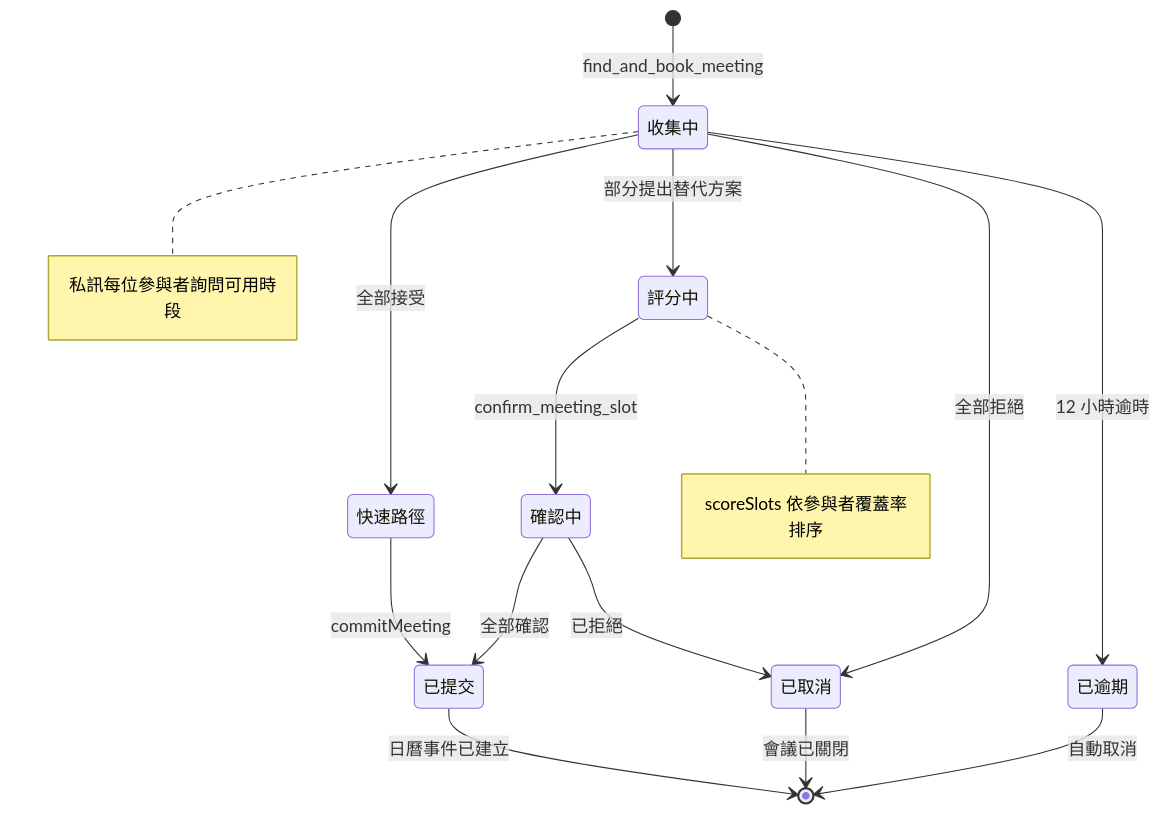
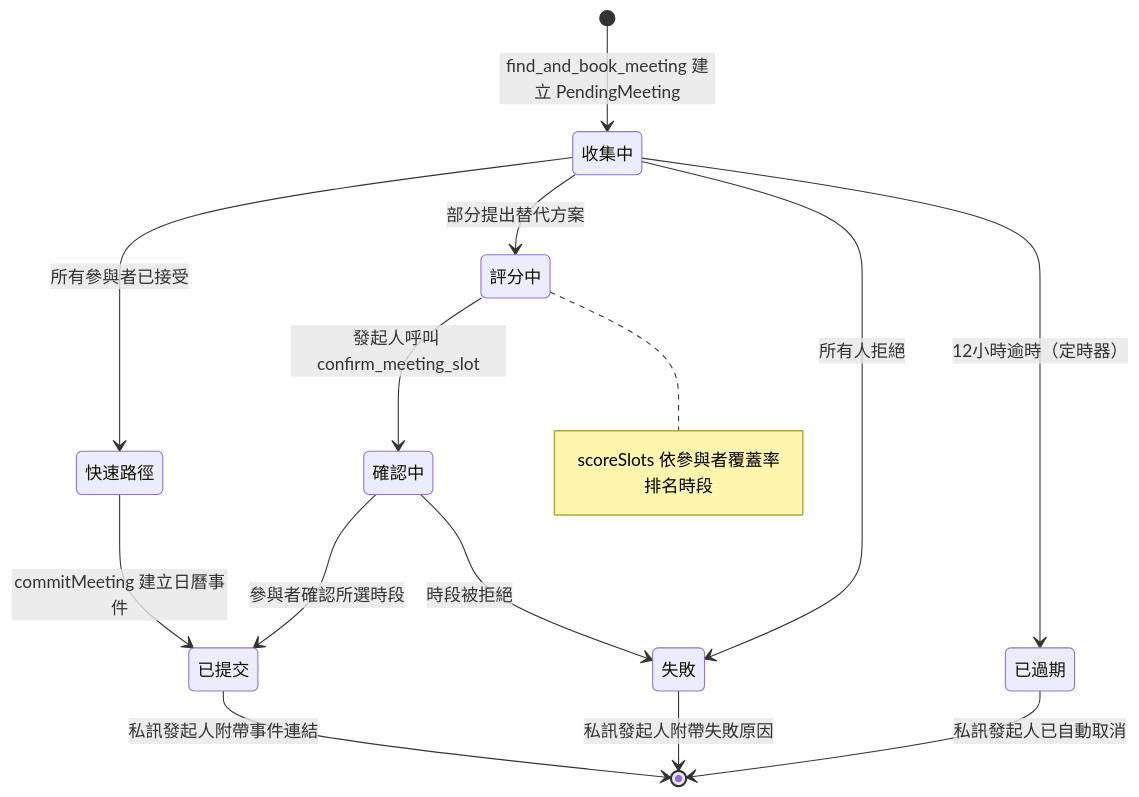
One commit to javana3/claw_meeting_all changed the fifth of 13 diagrams in README.zh-TW.md. Above: the diagram before and after it, drawn with Mermaid. The commit also changed other lines of this file and 4 other files, not shown here.

First line of the commit message:
docs: rewrite all 5 READMEs with detailed Plugin/Skill flow + diff

````diff
--- a/README.zh-TW.md
+++ b/README.zh-TW.md
@@ -106,22 +139,21 @@
 ```mermaid
 stateDiagram-v2
-    [*] --> 收集中: find_and_book_meeting
-    note right of 收集中: 私訊每位參與者詢問可用時段
+    [*] --> 收集中: find_and_book_meeting 建立 PendingMeeting
 
-    收集中 --> 快速路徑: 全部接受
+    收集中 --> 快速路徑: 所有參與者已接受
     收集中 --> 評分中: 部分提出替代方案
-    收集中 --> 已取消: 全部拒絕
-    收集中 --> 已逾期: 12 小時逾時
+    收集中 --> 失敗: 所有人拒絕
+    收集中 --> 已過期: 12小時逾時（定時器）
 
-    快速路徑 --> 已提交: commitMeeting
+    快速路徑 --> 已提交: commitMeeting 建立日曆事件
 
-    評分中 --> 確認中: confirm_meeting_slot
-    note right of 評分中: scoreSlots 依參與者覆蓋率排序
+    評分中 --> 確認中: 發起人呼叫 confirm_meeting_slot
+    note right of 評分中: scoreSlots 依參與者覆蓋率排名時段
 
-    確認中 --> 已提交: 全部確認
-    確認中 --> 已取消: 已拒絕
+    確認中 --> 已提交: 參與者確認所選時段
+    確認中 --> 失敗: 時段被拒絕
 
-    已提交 --> [*]: 日曆事件已建立
-    已取消 --> [*]: 會議已關閉
-    已逾期 --> [*]: 自動取消
+    已提交 --> [*]: 私訊發起人附帶事件連結
+    失敗 --> [*]: 私訊發起人附帶失敗原因
+    已過期 --> [*]: 私訊發起人已自動取消
 ```
````
